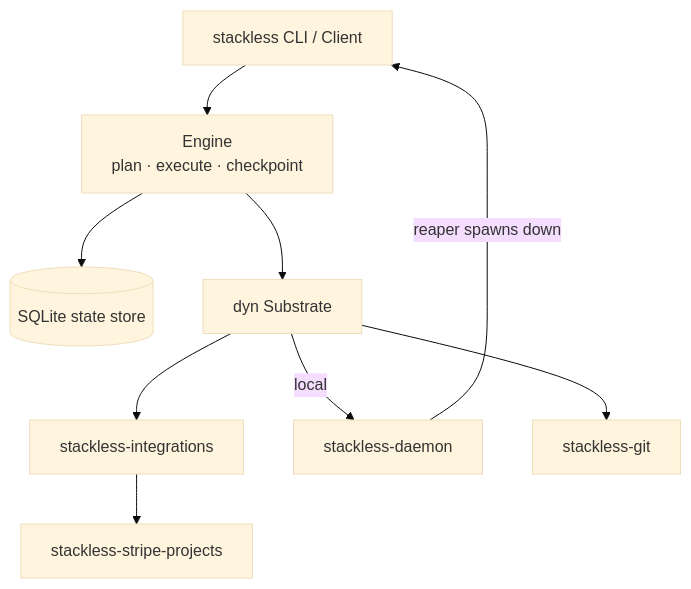
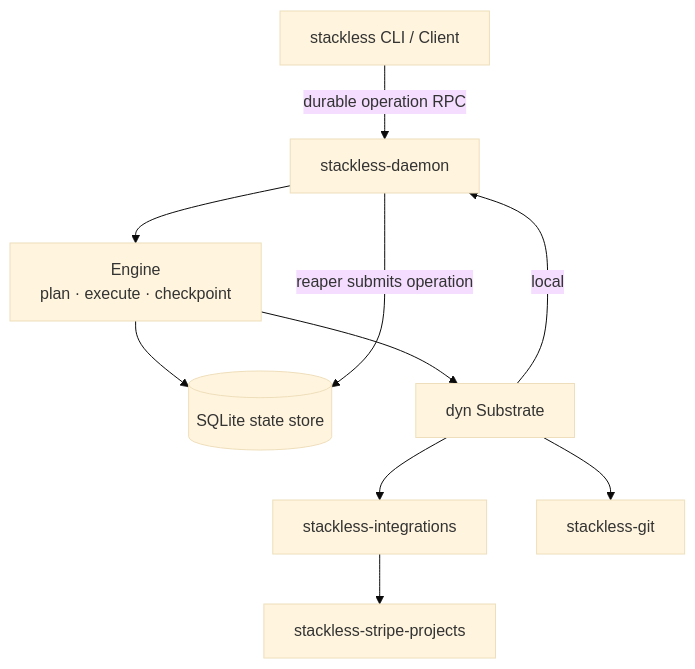
One commit to snowmead/stackless changed the first of 10 diagrams in ARCHITECTURE.md. Above: the diagram before and after it, drawn with Mermaid (base theme). The commit also changed other lines of this file and 277 other files, not shown here.

````diff
--- a/ARCHITECTURE.md
+++ b/ARCHITECTURE.md
@@ -17,20 +17,21 @@
 ```mermaid
 flowchart TB
   CLI["stackless CLI / Client"]
   Engine["Engine<br/>plan · execute · checkpoint"]
   Store[("SQLite state store")]
   Sub["dyn Substrate"]
   Int["stackless-integrations"]
   Stripe["stackless-stripe-projects"]
   Daemon["stackless-daemon"]
   Git["stackless-git"]
 
-  CLI --> Engine
+  CLI -->|durable operation RPC| Daemon
+  Daemon --> Engine
   Engine --> Store
   Engine --> Sub
   Sub --> Int
   Int --> Stripe
   Sub -->|local| Daemon
   Sub --> Git
-  Daemon -->|reaper spawns down| CLI
+  Daemon -->|reaper submits operation| Store
 ```
````
